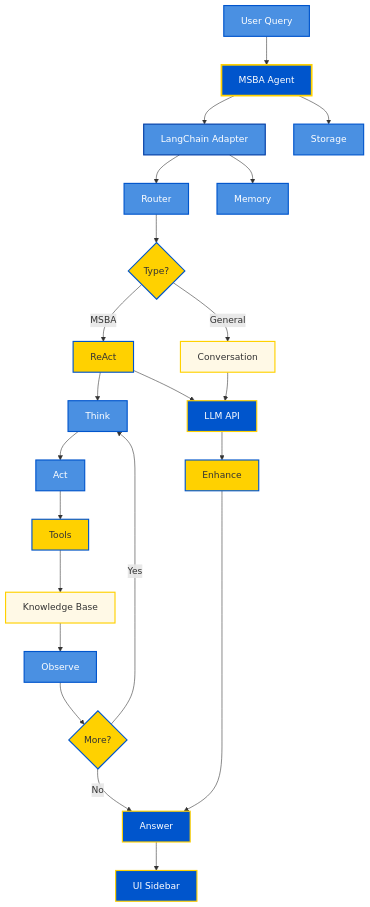
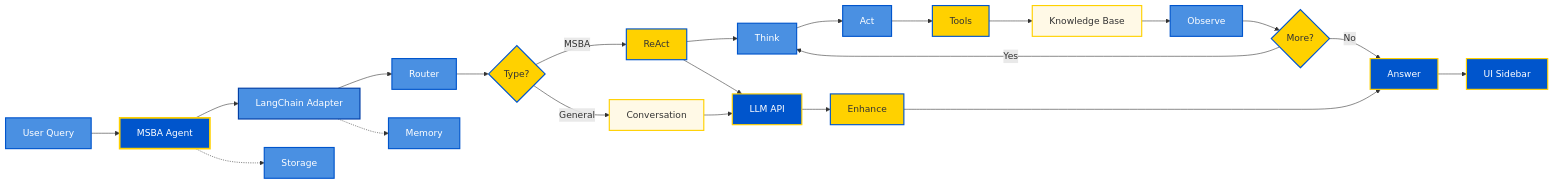
One commit to jl3443/MSBA-AI-Agent changed the diagram in README.md. Above: the diagram before and after it, drawn with Mermaid.

Commit message:
Change architecture diagram to left-to-right layout

````diff
--- a/README.md
+++ b/README.md
@@ -49,48 +49,48 @@
 ```mermaid
-graph TB
+graph LR
     A[User Query] --> B[MSBA Agent]
     B --> C[LangChain Adapter]
     C --> D[Router]
     D --> E{Type?}
     E -->|MSBA| F[ReAct]
     E -->|General| G[Conversation]
     
     F --> H[Think]
     H --> I[Act]
     I --> J[Tools]
     J --> K[Knowledge Base]
     K --> L[Observe]
     L --> M{More?}
     M -->|Yes| H
     M -->|No| N[Answer]
     
     F --> O[LLM API]
     G --> O
     O --> P[Enhance]
     P --> N
     
-    C --> Q[Memory]
-    B --> R[Storage]
+    C -.-> Q[Memory]
+    B -.-> R[Storage]
     
     N --> S[UI Sidebar]
 
     style A fill:#4A90E2,stroke:#0055CC,stroke-width:2px,color:#fff
     style B fill:#0055CC,stroke:#FFD100,stroke-width:3px,color:#fff
     style C fill:#4A90E2,stroke:#003DA5,stroke-width:2px,color:#fff
     style D fill:#4A90E2,stroke:#0055CC,stroke-width:2px,color:#fff
     style E fill:#FFD100,stroke:#0055CC,stroke-width:2px
     style F fill:#FFD100,stroke:#0055CC,stroke-width:2px
     style G fill:#FFF9E6,stroke:#FFD100,stroke-width:2px
     style H fill:#4A90E2,stroke:#0055CC,stroke-width:2px,color:#fff
     style I fill:#4A90E2,stroke:#0055CC,stroke-width:2px,color:#fff
     style J fill:#FFD100,stroke:#0055CC,stroke-width:2px
     style K fill:#FFF9E6,stroke:#FFD100,stroke-width:2px
     style L fill:#4A90E2,stroke:#0055CC,stroke-width:2px,color:#fff
     style M fill:#FFD100,stroke:#0055CC,stroke-width:2px
     style N fill:#0055CC,stroke:#FFD100,stroke-width:2px,color:#fff
     style O fill:#0055CC,stroke:#FFD100,stroke-width:2px,color:#fff
     style P fill:#FFD100,stroke:#0055CC,stroke-width:2px
     style Q fill:#4A90E2,stroke:#0055CC,stroke-width:2px,color:#fff
     style R fill:#4A90E2,stroke:#0055CC,stroke-width:2px,color:#fff
     style S fill:#0055CC,stroke:#FFD100,stroke-width:2px,color:#fff
 ```
````
